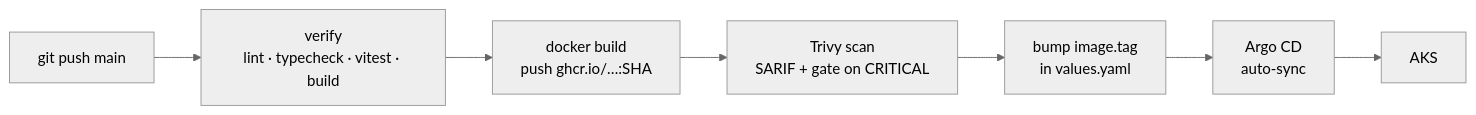
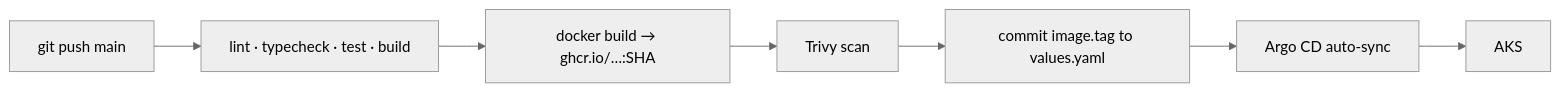
The second of 2 diagrams in README.md (Karthik-099/packet-journey-3d), drawn with Mermaid (neutral theme) before and after one commit. The commit also changed other lines of this file and 82 other files, not shown here.

````diff
--- a/README.md
+++ b/README.md
@@ -80,8 +118,8 @@
 ```mermaid
 flowchart LR
-  push[git push main] --> V[verify<br/>lint · typecheck · vitest · build]
-  V --> B[docker build<br/>push ghcr.io/…:SHA]
-  B --> T[Trivy scan<br/>SARIF + gate on CRITICAL]
-  T --> U[bump image.tag<br/>in values.yaml]
-  U --> A[Argo CD<br/>auto-sync] --> K[AKS]
+  push[git push main] --> V[lint · typecheck · test · build]
+  V --> B[docker build → ghcr.io/…:SHA]
+  B --> T[Trivy scan]
+  T --> U[commit image.tag to values.yaml]
+  U --> A[Argo CD auto-sync] --> K[AKS]
 ```
````
